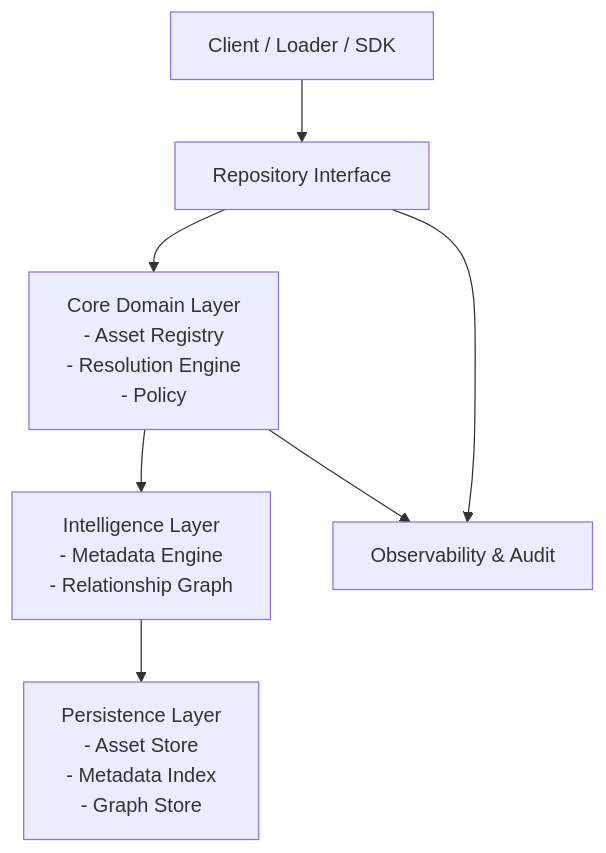
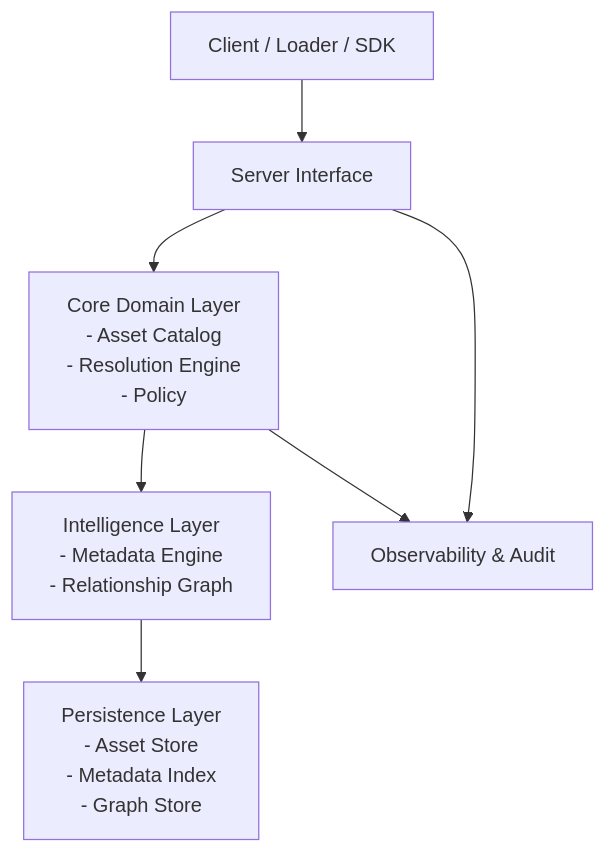
Before and after one commit to y0ncha/aptitude-server: the diagram in docs/overview.md, drawn with Mermaid. The commit also changed other lines of this file and 27 other files, not shown here.

````diff
--- a/docs/overview.md
+++ b/docs/overview.md
@@ -47,31 +47,31 @@
 ```mermaid
 flowchart TB
 
 Client["Client / Loader / SDK"]
 
-Interface["Repository Interface"]
+Interface["Server Interface"]
 
 Core["Core Domain Layer
-- Asset Registry
+- Asset Catalog
 - Resolution Engine
 - Policy"]
 
 Intelligence["Intelligence Layer
 - Metadata Engine
 - Relationship Graph"]
 
 Storage["Persistence Layer
 - Asset Store
 - Metadata Index
 - Graph Store"]
 
 Audit["Observability & Audit"]
 
 Client --> Interface
 Interface --> Core
 Core --> Intelligence
 Intelligence --> Storage
 
 Core --> Audit
 Interface --> Audit
 ```
````
